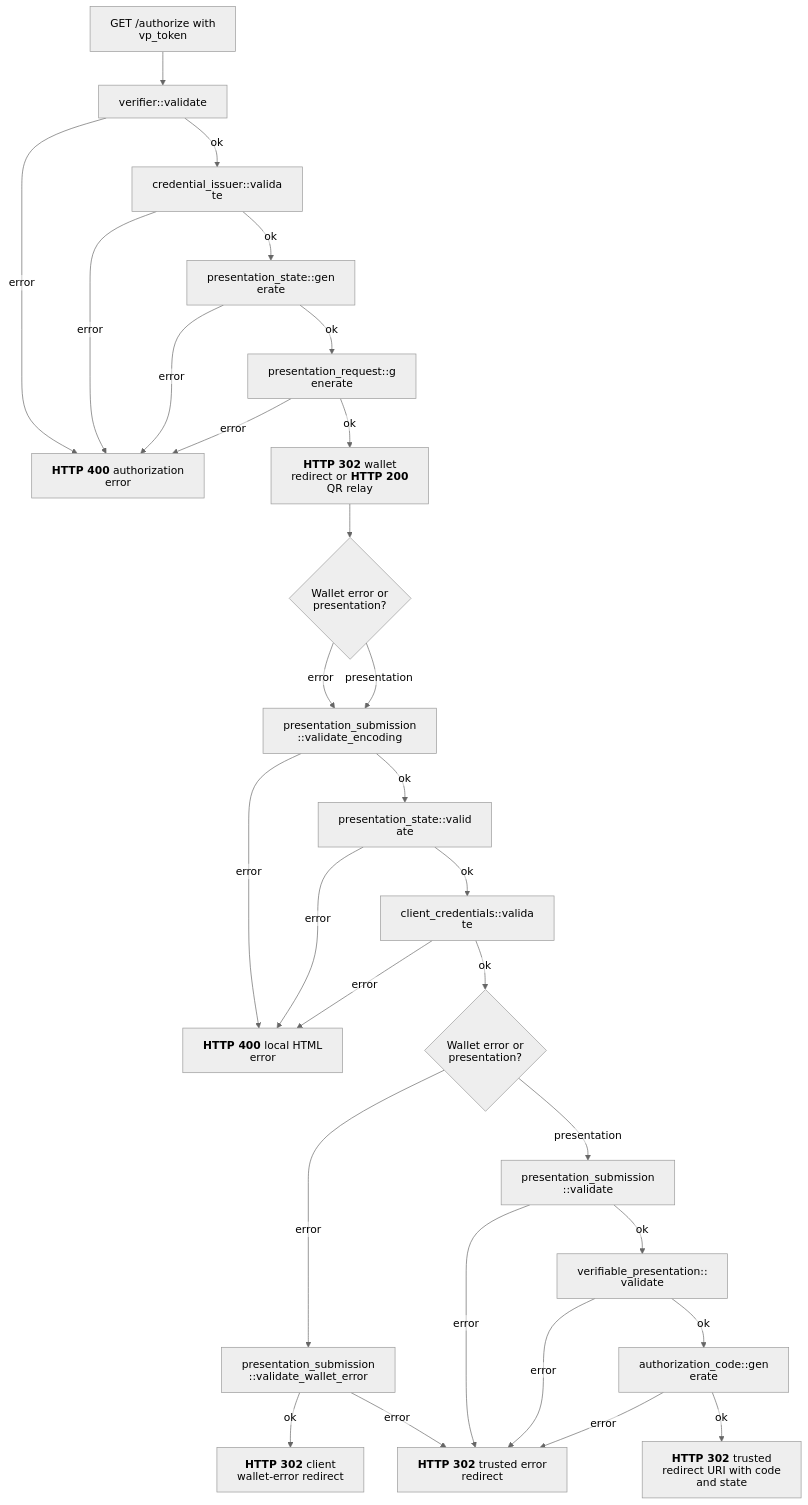
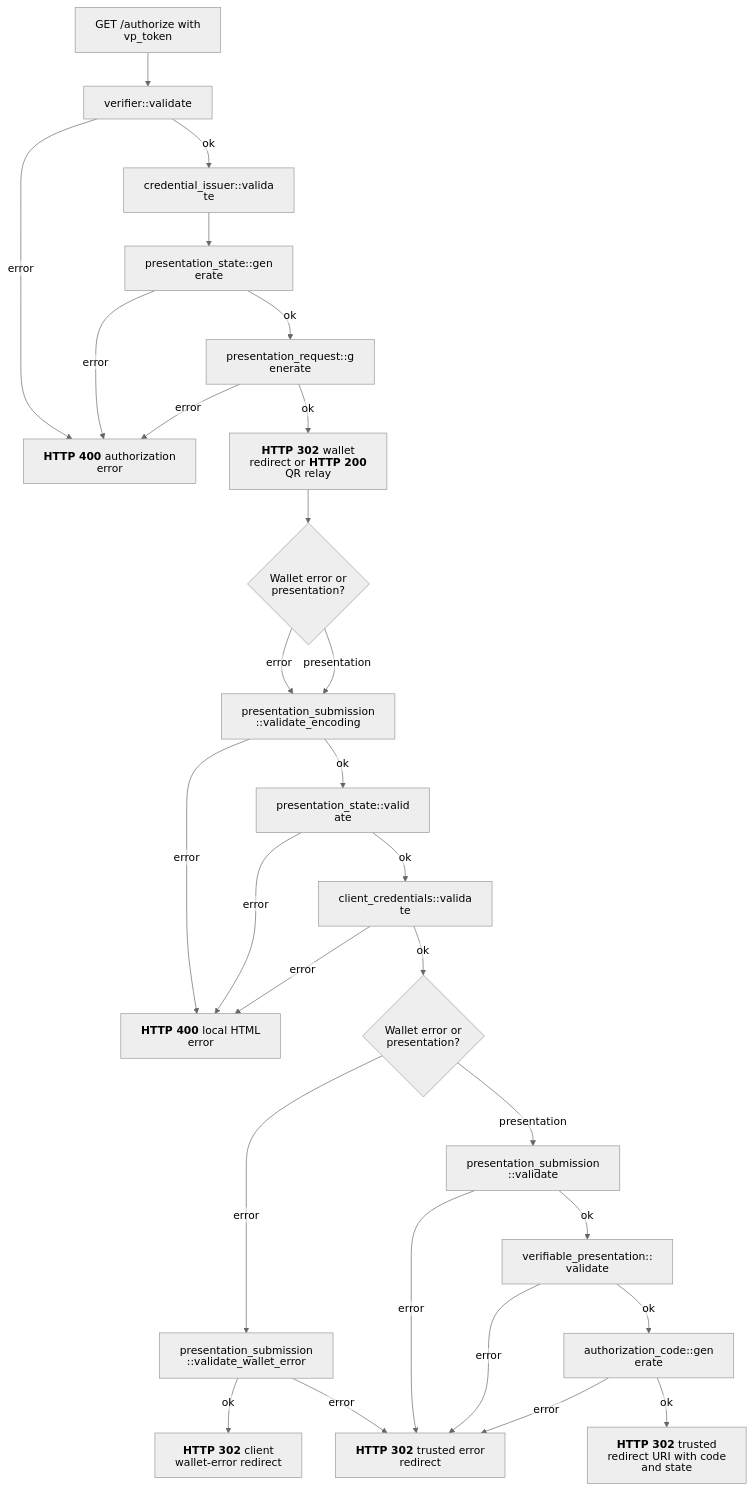
One commit to malach-it/kagome changed the diagram in docs/flows/openid4vp/presentation.mmd. Above: the diagram before and after it, drawn with Mermaid (neutral theme). The commit also changed 23 other files, not shown here.

```diff
--- a/docs/flows/openid4vp/presentation.mmd
+++ b/docs/flows/openid4vp/presentation.mmd
@@ -1,30 +1,29 @@
 %%{init: {"htmlLabels": false, "flowchart": {"htmlLabels": false}}}%%
 flowchart TD
     begin[GET /authorize with vp_token] --> verifier["verifier::validate"]
     verifier -- error --> request_error["`**HTTP 400** authorization error`"]
     verifier -- ok --> issuer["credential_issuer::validate"]
-    issuer -- error --> request_error
-    issuer -- ok --> state["presentation_state::generate"]
+    issuer --> state["presentation_state::generate"]
     state -- error --> request_error
     state -- ok --> request_object["presentation_request::generate"]
     request_object -- error --> request_error
     request_object -- ok --> authorization["`**HTTP 302** wallet redirect or **HTTP 200** QR relay`"]
     authorization --> wallet{Wallet error or presentation?}
     wallet -- error --> encoding["presentation_submission::validate_encoding"]
     wallet -- presentation --> encoding
     encoding -- error --> local_error["`**HTTP 400** local HTML error`"]
     encoding -- ok --> restore["presentation_state::validate"]
     restore -- error --> local_error
     restore -- ok --> client["client_credentials::validate"]
     client -- error --> local_error
     client -- ok --> kind{Wallet error or presentation?}
     kind -- error --> wallet_error["presentation_submission::validate_wallet_error"]
     kind -- presentation --> submission["presentation_submission::validate"]
     submission -- ok --> presentation["verifiable_presentation::validate"]
     presentation -- ok --> code["authorization_code::generate"]
     wallet_error -- ok --> error_redirect["`**HTTP 302** client wallet-error redirect`"]
     code -- ok --> success["`**HTTP 302** trusted redirect URI with code and state`"]
     wallet_error -- error --> response_error["`**HTTP 302** trusted error redirect`"]
     submission -- error --> response_error
     presentation -- error --> response_error
     code -- error --> response_error
```
